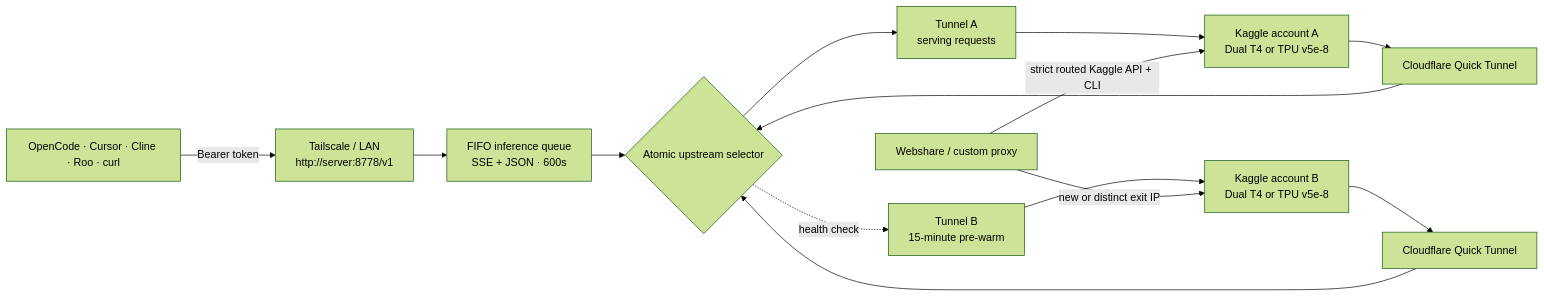
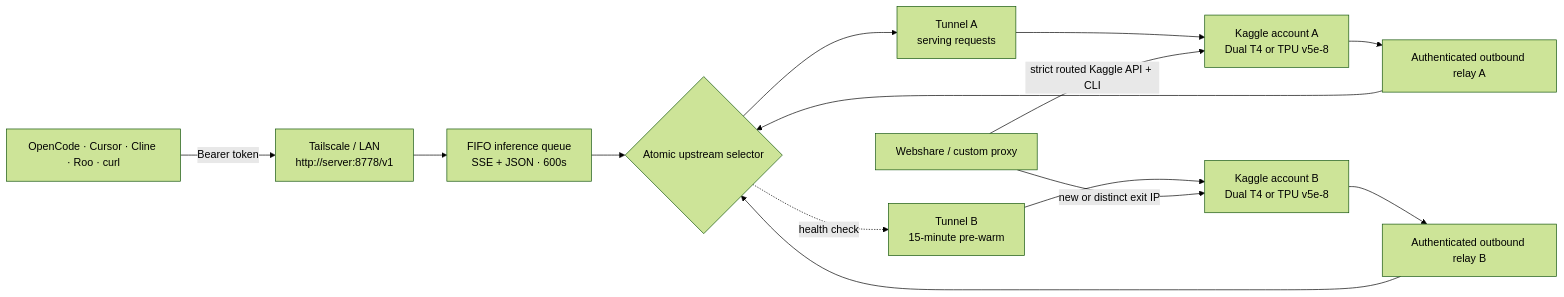
Before and after one commit to Naruto859/GPU-Hub-Kaggle-Orchestrator: the diagram in README.md, drawn with Mermaid (forest theme). The commit also changed other lines of this file and 9 other files, not shown here.

````diff
--- a/README.md
+++ b/README.md
@@ -38,16 +38,16 @@
 ```mermaid
 flowchart LR
     C[OpenCode · Cursor · Cline · Roo · curl] -->|Bearer token| T[Tailscale / LAN\nhttp://server:8778/v1]
     T --> Q[FIFO inference queue\nSSE + JSON · 600s]
     Q --> S{Atomic upstream selector}
     S --> A[Tunnel A\nserving requests]
     S -. health check .-> B[Tunnel B\n15-minute pre-warm]
     A --> KA[Kaggle account A\nDual T4 or TPU v5e-8]
     B --> KB[Kaggle account B\nDual T4 or TPU v5e-8]
     W[Webshare / custom proxy] -->|strict routed Kaggle API + CLI| KA
     W -->|new or distinct exit IP| KB
-    KA --> CFA[Cloudflare Quick Tunnel]
-    KB --> CFB[Cloudflare Quick Tunnel]
-    CFA --> S
-    CFB --> S
+    KA --> RA[Authenticated outbound relay A]
+    KB --> RB[Authenticated outbound relay B]
+    RA --> S
+    RB --> S
 ```
````
